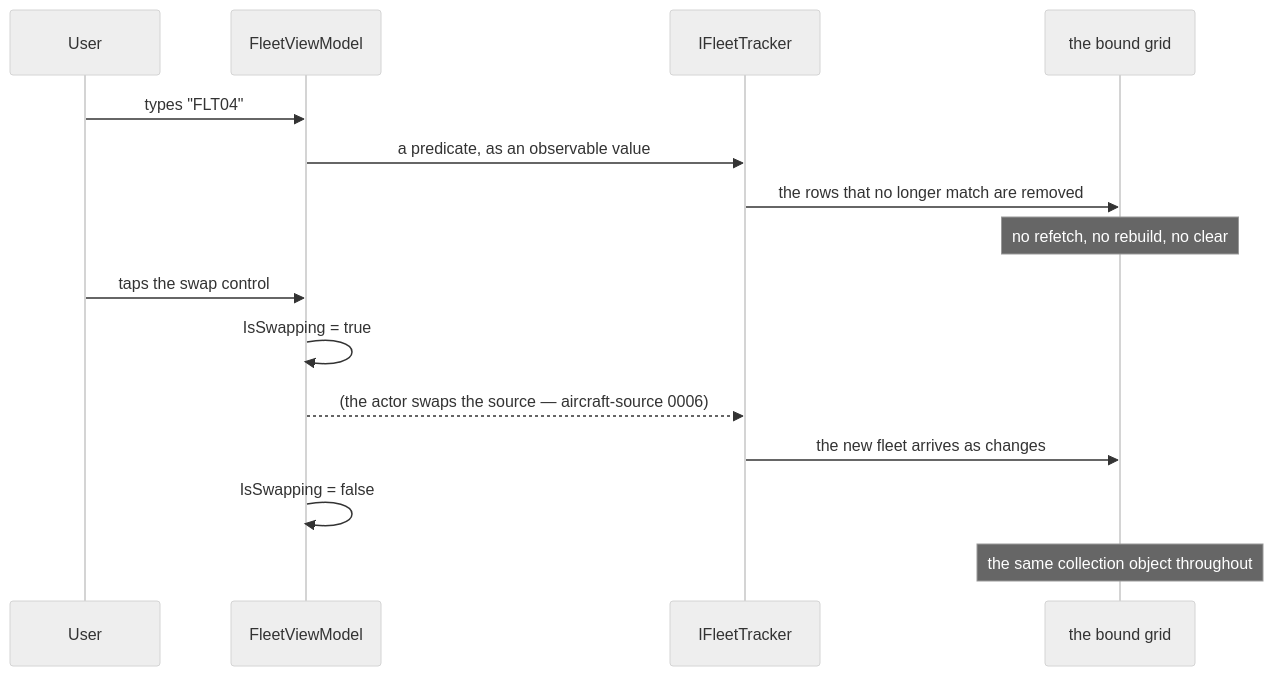
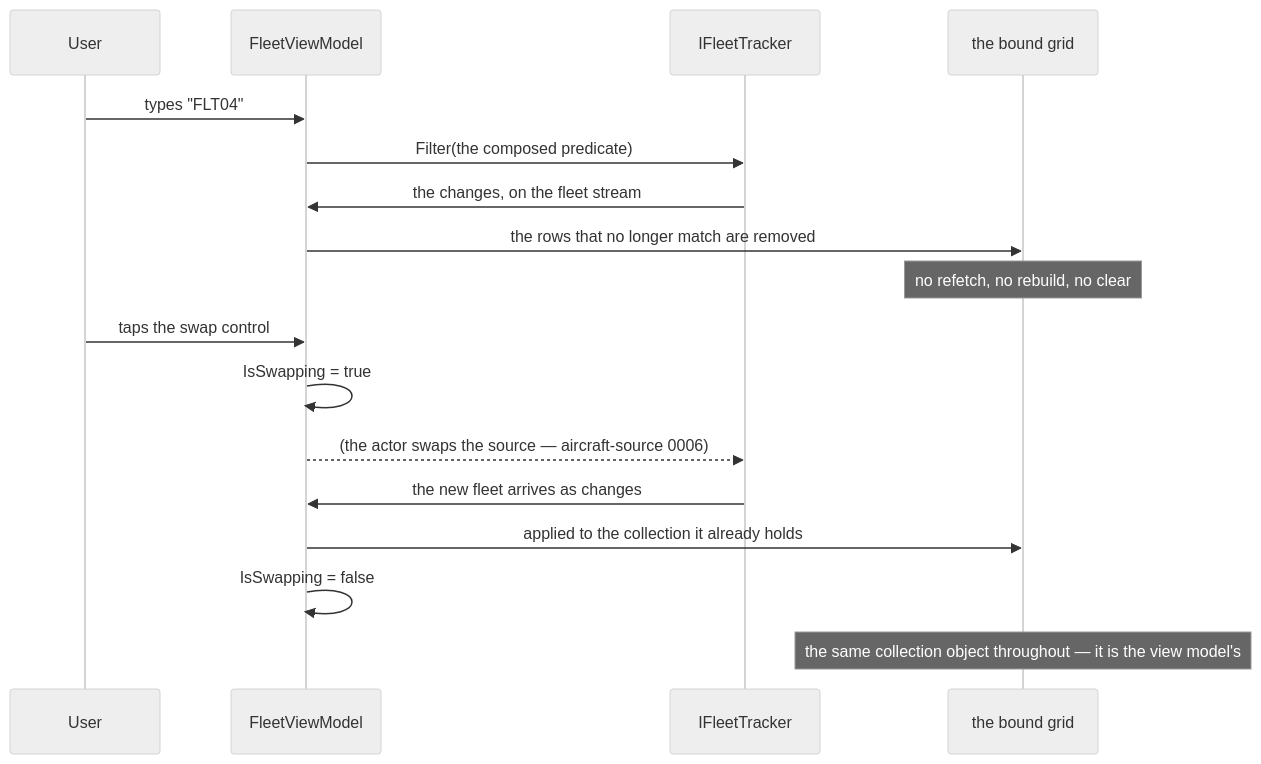
Before and after one commit to RLittlesII/Transporter: the second of 3 diagrams in features/fleet-dashboard/.spec/README.md, drawn with Mermaid (neutral theme). The commit also changed other lines of this file and 16 other files, not shown here.

First line of the commit message:
docs: answer every fleet-pipeline open question, including the architecture review (#24)

````diff
--- a/features/fleet-dashboard/.spec/README.md
+++ b/features/fleet-dashboard/.spec/README.md
@@ -196,17 +216,19 @@
 ```mermaid
 sequenceDiagram
     participant User
     participant VM as FleetViewModel
     participant Tracker as IFleetTracker
     participant Grid as the bound grid
     User->>VM: types "FLT04"
-    VM->>Tracker: a predicate, as an observable value
-    Tracker->>Grid: the rows that no longer match are removed
+    VM->>Tracker: Filter(the composed predicate)
+    Tracker->>VM: the changes, on the fleet stream
+    VM->>Grid: the rows that no longer match are removed
     Note over Grid: no refetch, no rebuild, no clear
     User->>VM: taps the swap control
     VM->>VM: IsSwapping = true
     VM-->>Tracker: (the actor swaps the source — aircraft-source 0006)
-    Tracker->>Grid: the new fleet arrives as changes
+    Tracker->>VM: the new fleet arrives as changes
+    VM->>Grid: applied to the collection it already holds
     VM->>VM: IsSwapping = false
-    Note over Grid: the same collection object throughout
+    Note over Grid: the same collection object throughout — it is the view model's
 ```
````
